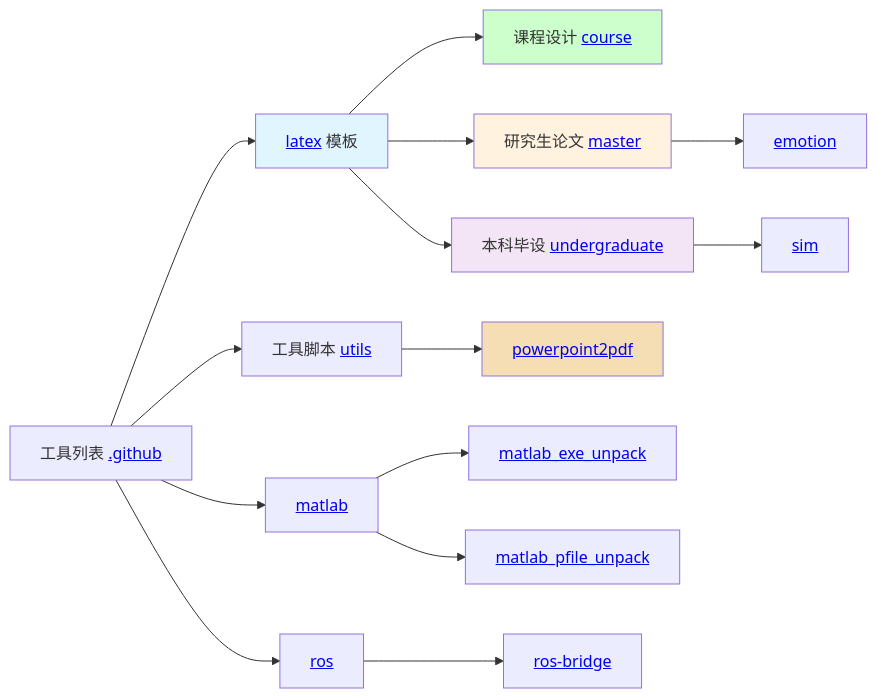
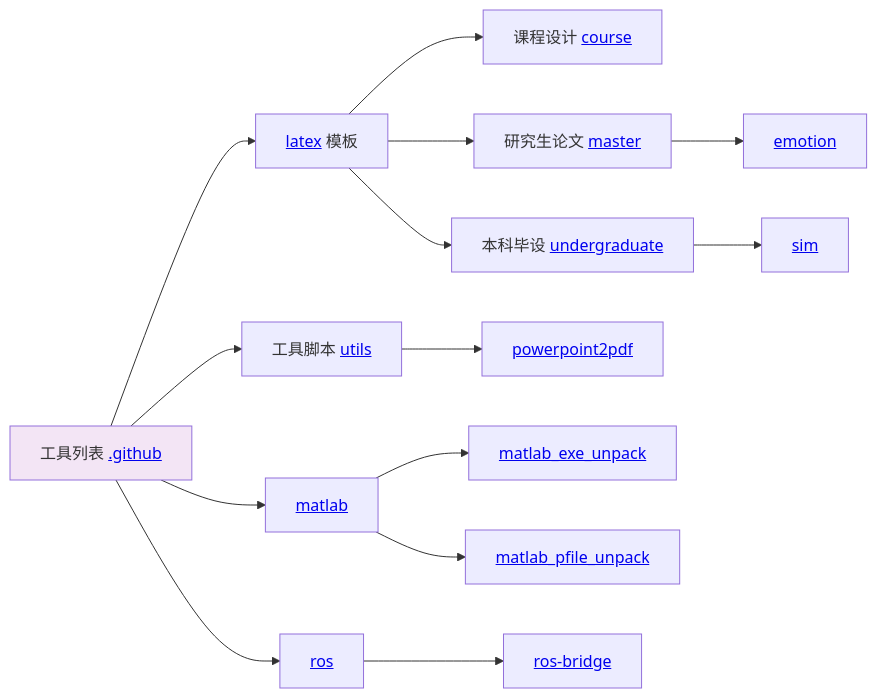
The third of 3 diagrams in README.md (OpenHUTB/.github), drawn with Mermaid before and after one commit. The commit also changed other lines of this file, not shown here.

````diff
--- a/README.md
+++ b/README.md
@@ -83,22 +78,18 @@
 ```mermaid
 graph LR
     A[工具列表 <a href='https://github.com/OpenHUTB/chrono'>.github</a>] --> B[<a href='https://github.com/OpenHUTB/latex'>latex</a> 模板]
     B --> C[课程设计 <a href='https://github.com/OpenHUTB/course'>course</a>]
     B --> D[研究生论文 <a href='https://github.com/OpenHUTB/master'>master</a>]
     B --> E[本科毕设 <a href='https://github.com/OpenHUTB/undergraduate'>undergraduate</a>]
     E --> M[<a href='https://github.com/OpenHUTB/powerpoint2pdf'>sim</a>]
     D --> N[<a href='https://github.com/OpenHUTB/emotion'>emotion</a>]
     G --> F[<a href='https://github.com/OpenHUTB/powerpoint2pdf'>powerpoint2pdf</a>]
     A --> G[工具脚本 <a href='https://github.com/OpenHUTB/utils'>utils</a>]
     A --> H[<a href='https://github.com/OpenHUTB/matlab'>matlab</a>]
     H --> I[<a href='https://github.com/OpenHUTB/matlab_exe_unpack'>matlab_exe_unpack</a>]
     H --> J[<a href='https://github.com/OpenHUTB/matlab_pfile_unpack'>matlab_pfile_unpack</a>]
     A --> K[<a href='https://github.com/OpenHUTB/ros'>ros</a>]
     K --> L[<a href='https://github.com/OpenHUTB/ros-bridge'>ros-bridge</a>]
 
-    style B fill:#e1f5fe
-    style C fill:#ccffcc
-    style D fill:#fff3e0
-    style E fill:#f3e5f5
-    style F fill:#F5DEB3
+    style A fill:#f3e5f5
 ```
````
